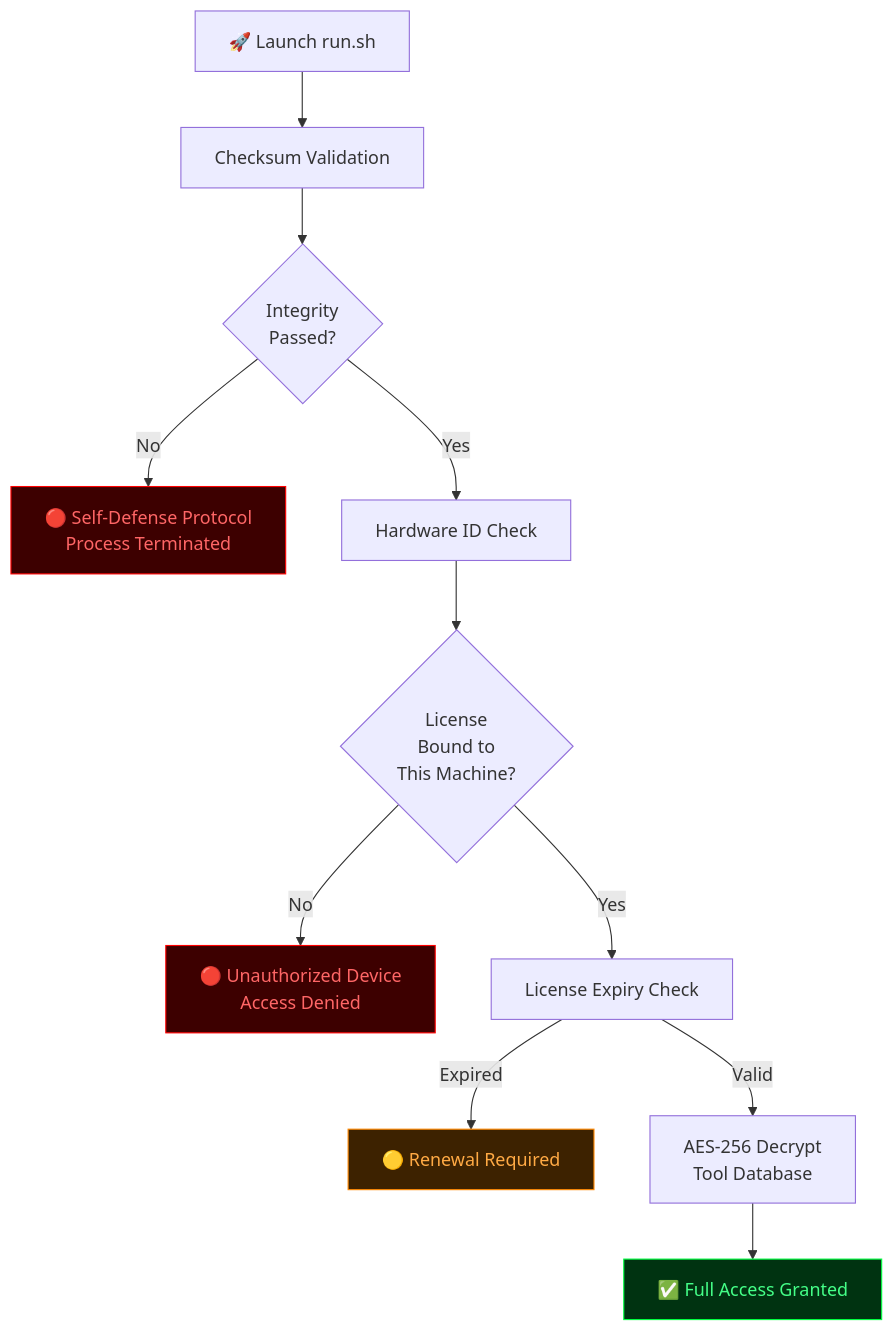
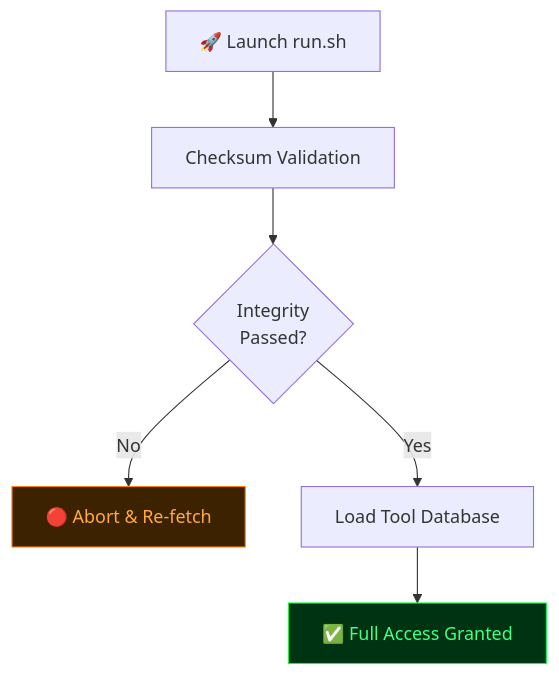
The fourth of 5 diagrams in README.md (Athexblackhat/F-SOCIETY), drawn with Mermaid before and after one commit. The commit also changed other lines of this file, not shown here.

````diff
--- a/README.md
+++ b/README.md
@@ -351,18 +334,11 @@
 ```mermaid
 flowchart TD
     A[🚀 Launch run.sh] --> B[Checksum Validation]
     B --> C{Integrity\nPassed?}
-    C -- No --> D[🔴 Self-Defense Protocol\nProcess Terminated]
-    C -- Yes --> E[Hardware ID Check]
-    E --> F{License\nBound to\nThis Machine?}
-    F -- No --> G[🔴 Unauthorized Device\nAccess Denied]
-    F -- Yes --> H[License Expiry Check]
-    H -- Expired --> I[🟡 Renewal Required]
-    H -- Valid --> J[AES-256 Decrypt\nTool Database]
-    J --> K[✅ Full Access Granted]
+    C -- No --> D[🔴 Abort & Re-fetch]
+    C -- Yes --> E[Load Tool Database]
+    E --> F[✅ Full Access Granted]
 
-    style D fill:#3d0000,color:#ff6666,stroke:#ff0000
-    style G fill:#3d0000,color:#ff6666,stroke:#ff0000
-    style I fill:#3d2200,color:#ffaa44,stroke:#ff8800
-    style K fill:#003311,color:#44ff88,stroke:#00ff41
+    style D fill:#3d2200,color:#ffaa44,stroke:#ff8800
+    style F fill:#003311,color:#44ff88,stroke:#00ff41
 ```
````
